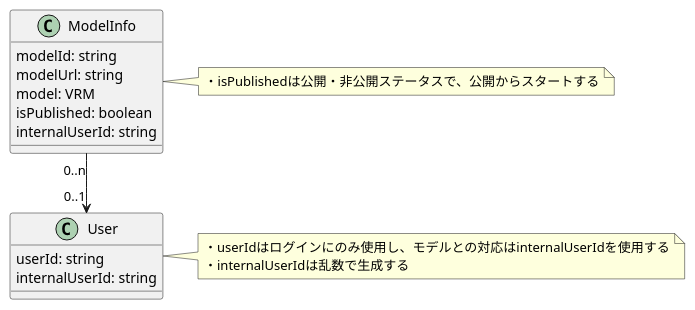
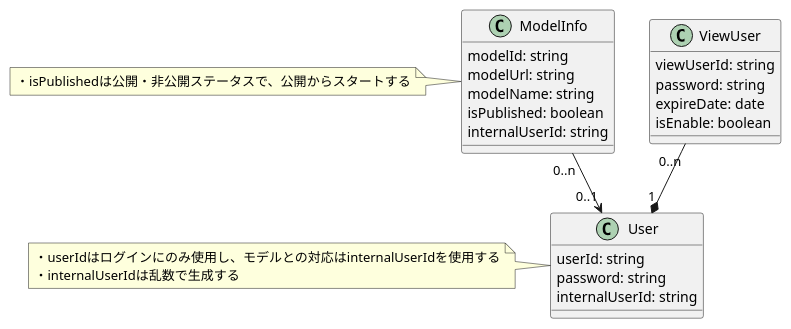
One commit to tuki9ko/VrmViewer changed the diagram in document/Domain.pu. Above: the diagram before and after it, drawn with PlantUML. The commit also changed 1 other file, not shown here.

```diff
--- a/document/Domain.pu
+++ b/document/Domain.pu
@@ -1,19 +1,30 @@
 @startuml Domain
 
 class ModelInfo{
 	modelId: string
 	modelUrl: string
-	model: VRM
+	modelName: string
 	isPublished: boolean
 	internalUserId: string
 }
+
 class User{
 	userId: string
+	password: string
 	internalUserId: string
 }
 
+class ViewUser{
+	viewUserId: string
+	password: string
+	expireDate: date
+	isEnable: boolean
+}
+
 ModelInfo "0..n" --> "0..1" User
-note right of ModelInfo: ・isPublishedは公開・非公開ステータスで、公開からスタートする
-note right of User: ・userIdはログインにのみ使用し、モデルとの対応はinternalUserIdを使用する\n・internalUserIdは乱数で生成する
+ViewUser "0..n" --* "1" User
+
+note left of ModelInfo: ・isPublishedは公開・非公開ステータスで、公開からスタートする
+note left of User: ・userIdはログインにのみ使用し、モデルとの対応はinternalUserIdを使用する\n・internalUserIdは乱数で生成する
 
 @enduml
```
